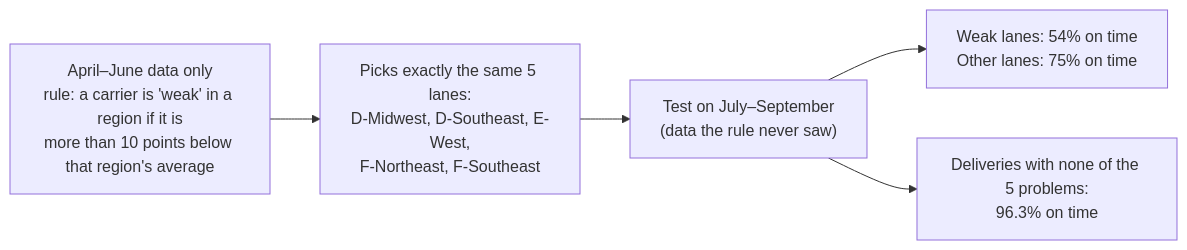
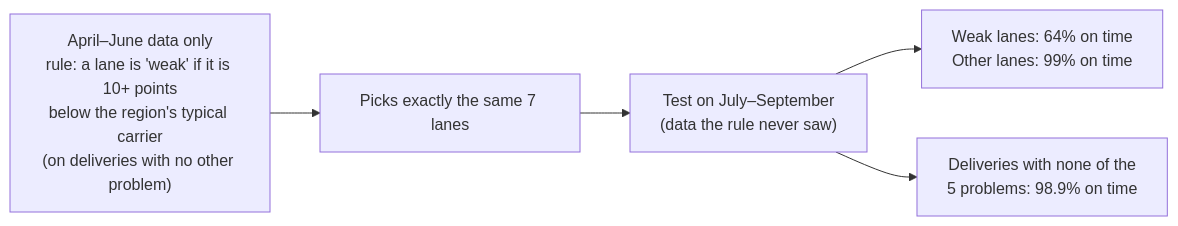
Before and after one commit to saimuthiki/halcyon-deliverylens: the fifth of 8 diagrams in docs/03-what-the-data-says.md, drawn with Mermaid. The commit also changed other lines of this file and 5 other files, not shown here.

````diff
--- a/docs/03-what-the-data-says.md
+++ b/docs/03-what-the-data-says.md
@@ -95,7 +99,7 @@
 ```mermaid
 flowchart LR
-  A["April–June data only<br/>rule: a carrier is 'weak' in a region if it is<br/>more than 10 points below that region's average"] --> B["Picks exactly the same 5 lanes:<br/>D-Midwest, D-Southeast, E-West,<br/>F-Northeast, F-Southeast"]
+  A["April–June data only<br/>rule: a lane is 'weak' if it is 10+ points<br/>below the region's typical carrier<br/>(on deliveries with no other problem)"] --> B["Picks exactly the same 7 lanes"]
   B --> C["Test on July–September<br/>(data the rule never saw)"]
-  C --> D["Weak lanes: 54% on time<br/>Other lanes: 75% on time"]
-  C --> E["Deliveries with none of the 5 problems:<br/>96.3% on time"]
+  C --> D["Weak lanes: 64% on time<br/>Other lanes: 99% on time"]
+  C --> E["Deliveries with none of the<br/>5 problems: 98.9% on time"]
 ```
````
